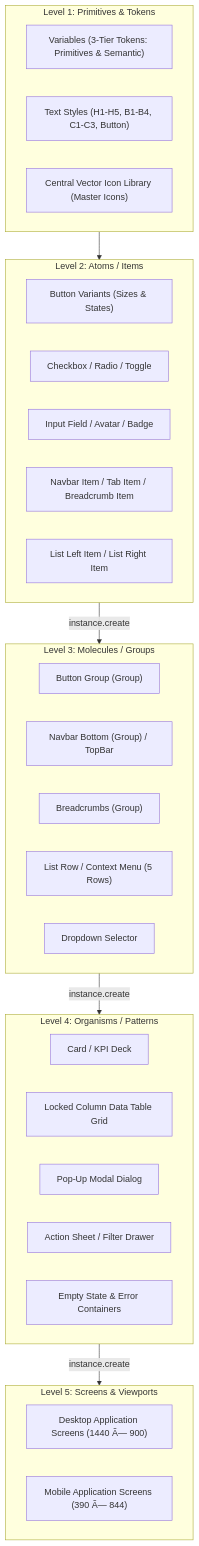
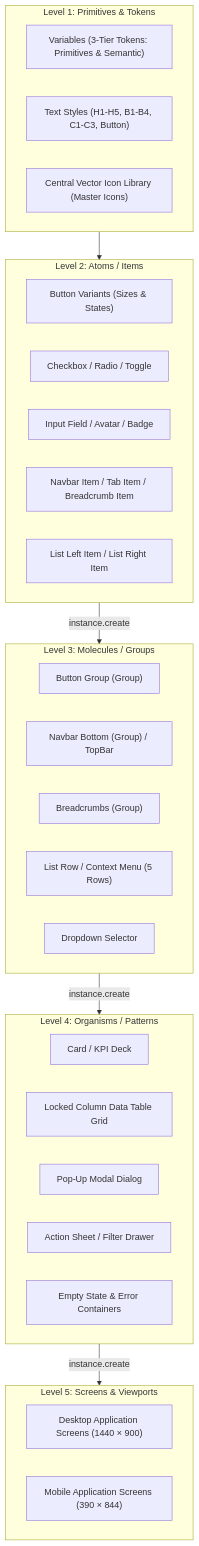
Before and after one commit to alfitocp27/design-orchestrator: the first of 2 diagrams in .agents/skills/design-orchestrator/references/component-architecture.md, drawn with Mermaid. The commit also changed other lines of this file and 78 other files, not shown here.

````diff
--- a/.agents/skills/design-orchestrator/references/component-architecture.md
+++ b/.agents/skills/design-orchestrator/references/component-architecture.md
@@ -31,42 +31,42 @@
 ```mermaid
 flowchart TD
     subgraph L1 ["Level 1: Primitives & Tokens"]
         T1["Variables (3-Tier Tokens: Primitives & Semantic)"]
         T2["Text Styles (H1-H5, B1-B4, C1-C3, Button)"]
         T3["Central Vector Icon Library (Master Icons)"]
     end
 
     subgraph L2 ["Level 2: Atoms / Items"]
         A1["Button Variants (Sizes & States)"]
         A2["Checkbox / Radio / Toggle"]
         A3["Input Field / Avatar / Badge"]
         A4["Navbar Item / Tab Item / Breadcrumb Item"]
         A5["List Left Item / List Right Item"]
     end
 
     subgraph L3 ["Level 3: Molecules / Groups"]
         M1["Button Group (Group)"]
         M2["Navbar Bottom (Group) / TopBar"]
         M3["Breadcrumbs (Group)"]
         M4["List Row / Context Menu (5 Rows)"]
         M5["Dropdown Selector"]
     end
 
     subgraph L4 ["Level 4: Organisms / Patterns"]
         O1["Card / KPI Deck"]
         O2["Locked Column Data Table Grid"]
         O3["Pop-Up Modal Dialog"]
         O4["Action Sheet / Filter Drawer"]
         O5["Empty State & Error Containers"]
     end
 
     subgraph L5 ["Level 5: Screens & Viewports"]
-        S1["Desktop Application Screens (1440 Ã— 900)"]
-        S2["Mobile Application Screens (390 Ã— 844)"]
+        S1["Desktop Application Screens (1440 × 900)"]
+        S2["Mobile Application Screens (390 × 844)"]
     end
 
     L1 --> L2
     L2 -->|instance.create| L3
     L3 -->|instance.create| L4
     L4 -->|instance.create| L5
 ```
````
